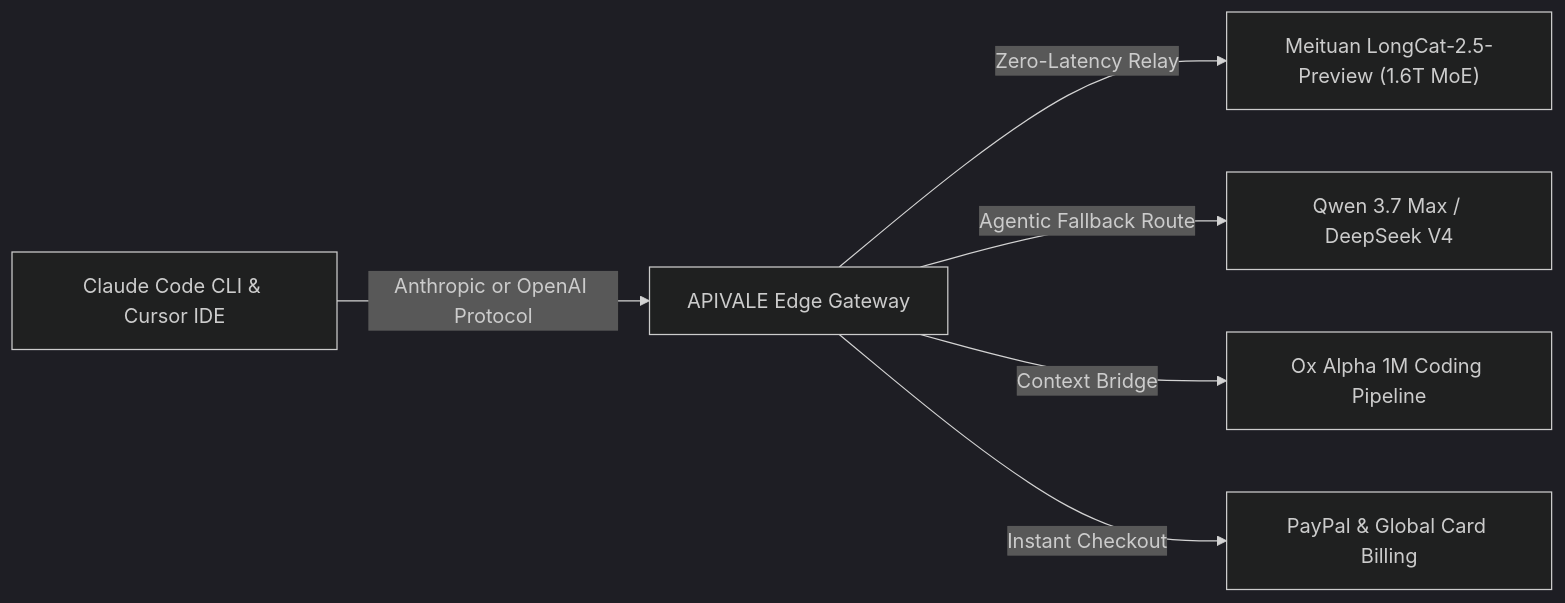
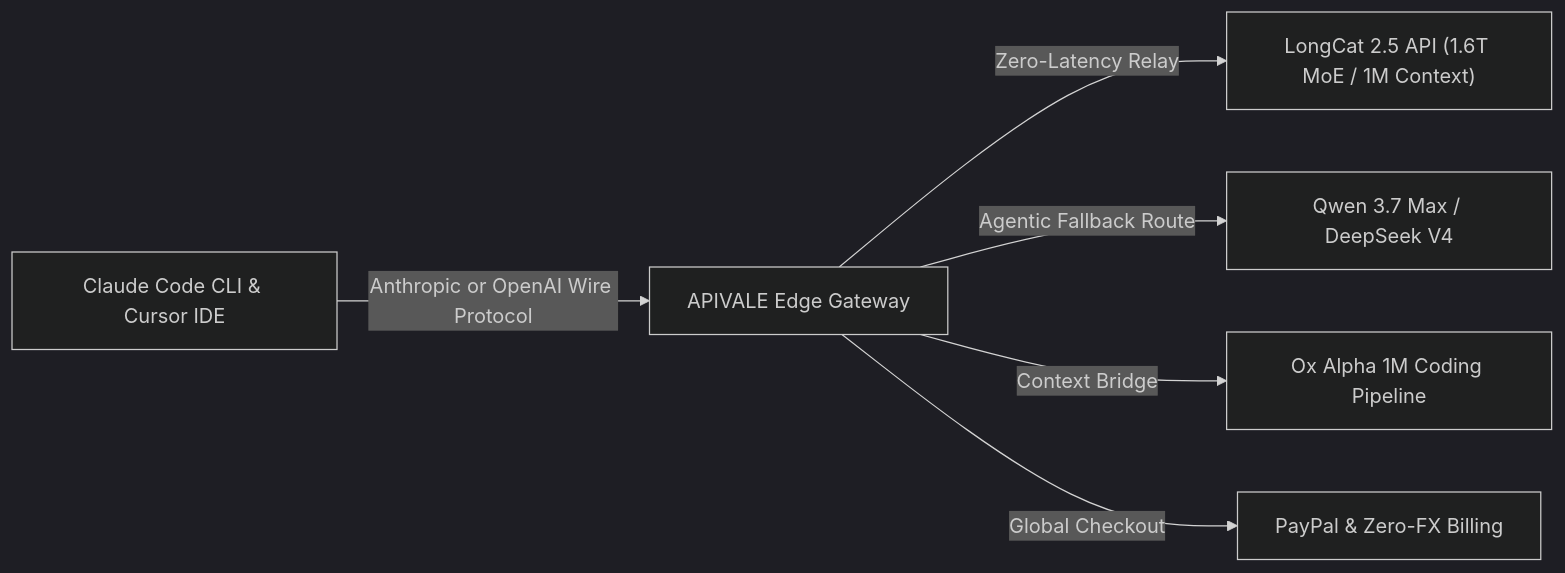
One commit to bshx2024/apivel_blog changed the diagram in src/content/blog/longcat-2-5-api-setup-benchmarks.md. Above: the diagram before and after it, drawn with Mermaid (dark theme). The commit also changed other lines of this file and 1 other file, not shown here.

Commit message:
fix(blog): refocus primary entity to LongCat 2.5 API and calibrate keyword density

````diff
--- a/src/content/blog/longcat-2-5-api-setup-benchmarks.md
+++ b/src/content/blog/longcat-2-5-api-setup-benchmarks.md
@@ -42,8 +42,8 @@
 ```mermaid
 graph LR
-    A["Claude Code CLI & Cursor IDE"] -->|Anthropic or OpenAI Protocol| B["APIVALE Edge Gateway"]
-    B -->|Zero-Latency Relay| C["Meituan LongCat-2.5-Preview (1.6T MoE)"]
+    A["Claude Code CLI & Cursor IDE"] -->|Anthropic or OpenAI Wire Protocol| B["APIVALE Edge Gateway"]
+    B -->|Zero-Latency Relay| C["LongCat 2.5 API (1.6T MoE / 1M Context)"]
     B -->|Agentic Fallback Route| D["Qwen 3.7 Max / DeepSeek V4"]
     B -->|Context Bridge| E["Ox Alpha 1M Coding Pipeline"]
-    B -->|Instant Checkout| F["PayPal & Global Card Billing"]
+    B -->|Global Checkout| F["PayPal & Zero-FX Billing"]
 ```
````
